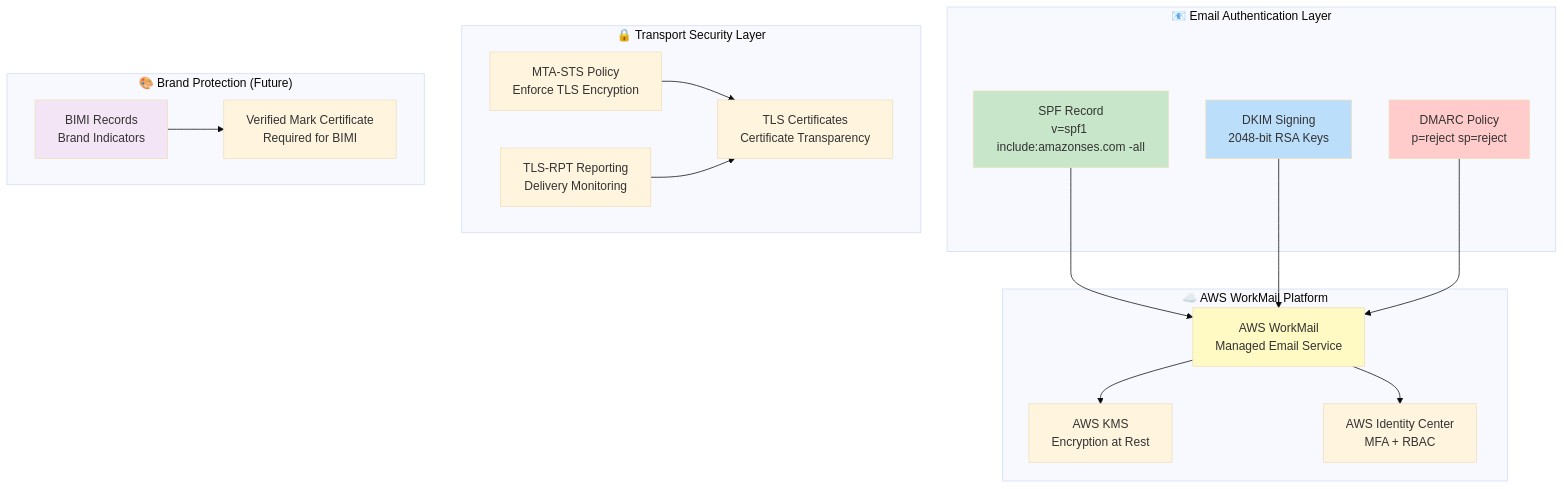
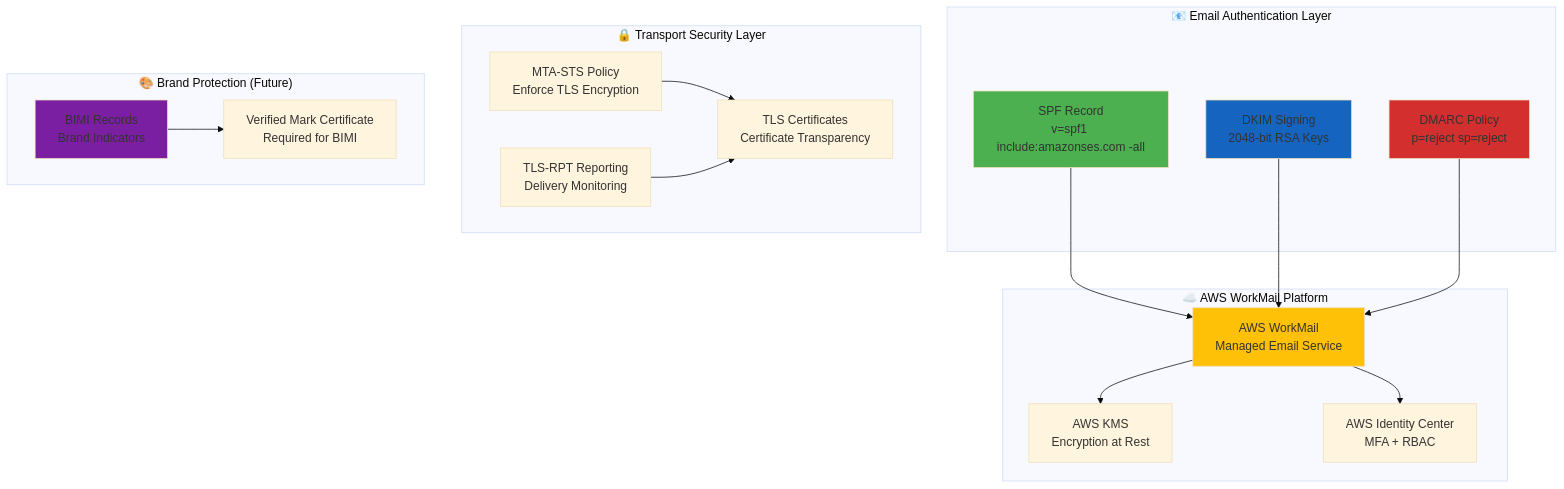
Before and after one commit to Hack23/ISMS-PUBLIC: the fifth of 7 diagrams in Network_Security_Policy.md, drawn with Mermaid (base theme). The commit also changed other lines of this file and 35 other files, not shown here.

````diff
--- a/Network_Security_Policy.md
+++ b/Network_Security_Policy.md
@@ -301,43 +301,43 @@
 ```mermaid
 flowchart TB
     subgraph "📧 Email Authentication Layer"
         SPF[SPF Record<br/>v=spf1 include:amazonses.com -all]
         DKIM[DKIM Signing<br/>2048-bit RSA Keys]
         DMARC[DMARC Policy<br/>p=reject sp=reject]
     end
     
     subgraph "🔒 Transport Security Layer"
         MTASTS[MTA-STS Policy<br/>Enforce TLS Encryption]
         TLSRPT[TLS-RPT Reporting<br/>Delivery Monitoring]
         CERTIFICATES[TLS Certificates<br/>Certificate Transparency]
     end
     
     subgraph "☁️ AWS WorkMail Platform"
         WORKMAIL[AWS WorkMail<br/>Managed Email Service]
         KMS[AWS KMS<br/>Encryption at Rest]
         IDENTITY[AWS Identity Center<br/>MFA + RBAC]
     end
     
     subgraph "🎨 Brand Protection (Future)"
         BIMI[BIMI Records<br/>Brand Indicators]
         VMC[Verified Mark Certificate<br/>Required for BIMI]
     end
     
     SPF --> WORKMAIL
     DKIM --> WORKMAIL
     DMARC --> WORKMAIL
     
     MTASTS --> CERTIFICATES
     TLSRPT --> CERTIFICATES
     
     WORKMAIL --> KMS
     WORKMAIL --> IDENTITY
     
     BIMI --> VMC
     
-    style SPF fill:#c8e6c9
-    style DKIM fill:#bbdefb
-    style DMARC fill:#ffcccb
-    style WORKMAIL fill:#fff9c4
-    style BIMI fill:#f3e5f5
+    style SPF fill:#4CAF50
+    style DKIM fill:#1565C0
+    style DMARC fill:#D32F2F
+    style WORKMAIL fill:#FFC107
+    style BIMI fill:#7B1FA2
 ```
````
